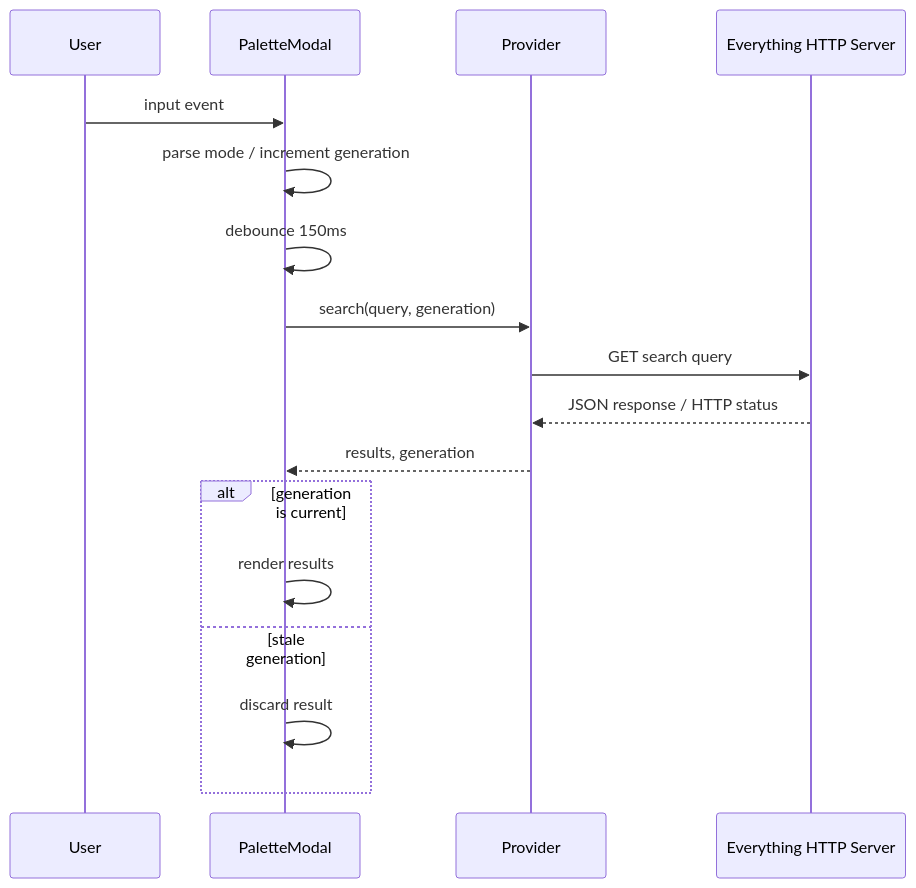
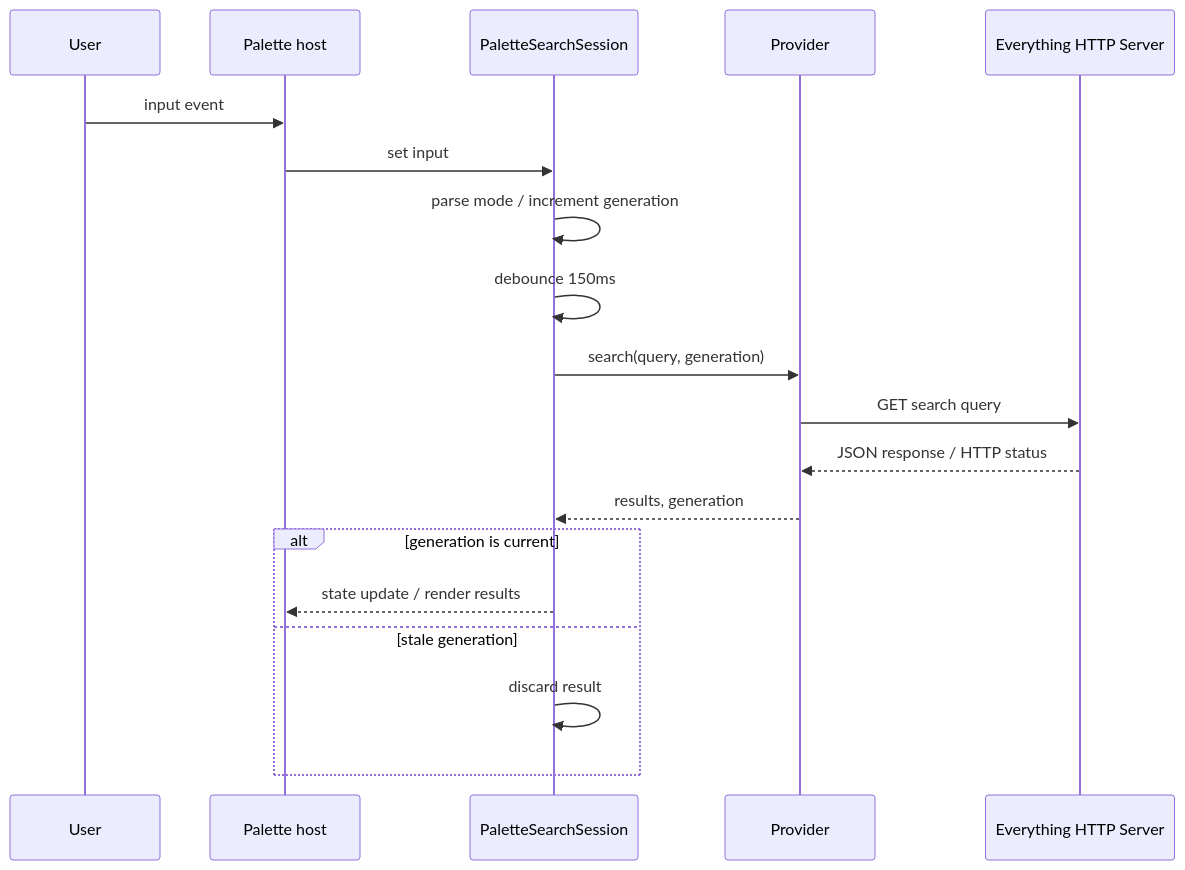
The diagram in docs/DETAILED_SPECIFICATION.md (22-2/obsidian-my-palette), drawn with Mermaid before and after one commit. The commit also changed other lines of this file and 1 other file, not shown here.

First line of the commit message:
docs: document persistent palette workspace view

````diff
--- a/docs/DETAILED_SPECIFICATION.md
+++ b/docs/DETAILED_SPECIFICATION.md
@@ -633,20 +650,22 @@
 ```mermaid
 sequenceDiagram
     participant U as User
-    participant M as PaletteModal
+    participant M as Palette host
+    participant S as PaletteSearchSession
     participant P as Provider
     participant E as Everything HTTP Server
 
     U->>M: input event
-    M->>M: parse mode / increment generation
-    M->>M: debounce 150ms
-    M->>P: search(query, generation)
+    M->>S: set input
+    S->>S: parse mode / increment generation
+    S->>S: debounce 150ms
+    S->>P: search(query, generation)
     P->>E: GET search query
     E-->>P: JSON response / HTTP status
-    P-->>M: results, generation
+    P-->>S: results, generation
     alt generation is current
-        M->>M: render results
+        S-->>M: state update / render results
     else stale generation
-        M->>M: discard result
+        S->>S: discard result
     end
 ```
````
